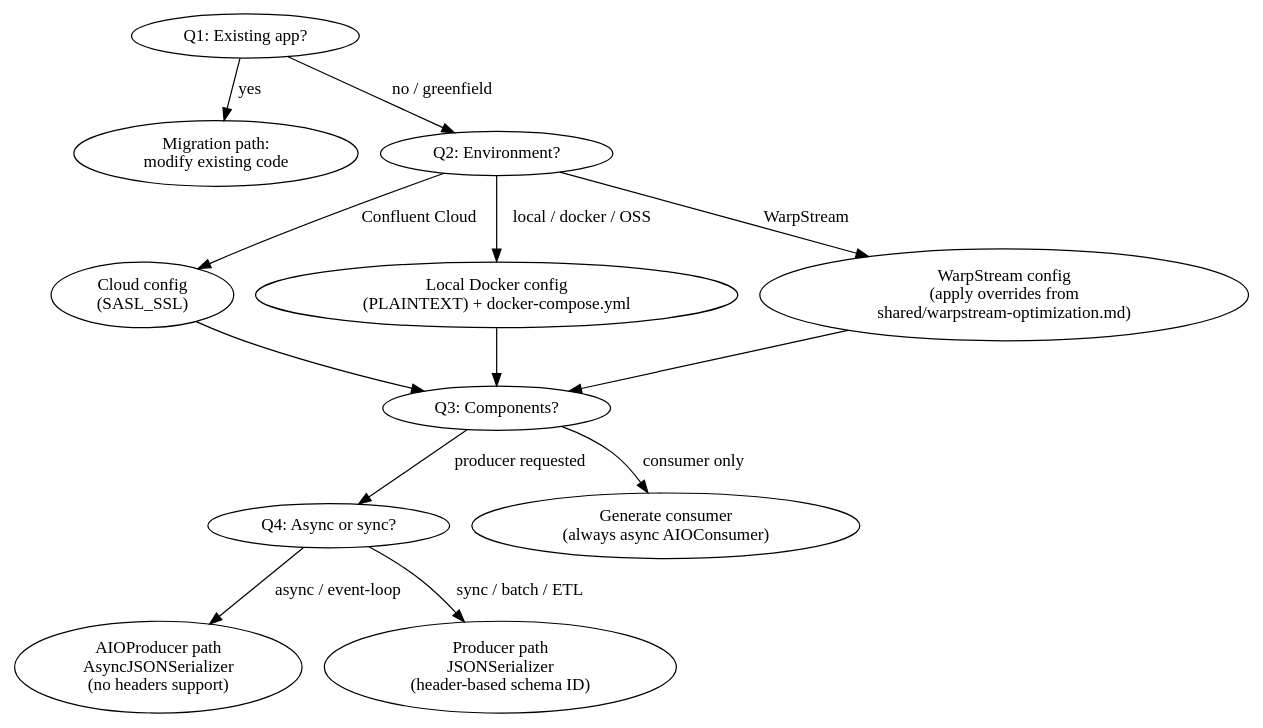
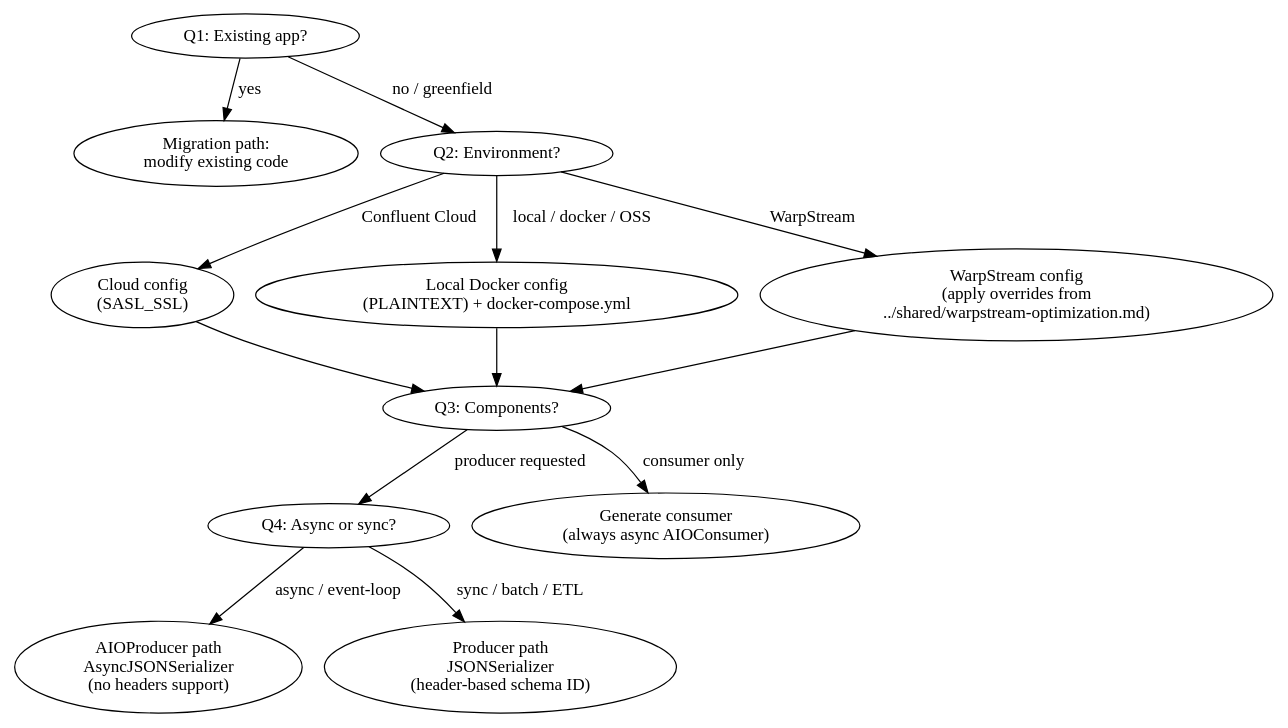
The diagram in skills/developing-kafka-python-client/SKILL.md (confluentinc/agent-skills), drawn with Graphviz before and after one commit. The commit also changed other lines of this file, not shown here.

````diff
--- a/skills/developing-kafka-python-client/SKILL.md
+++ b/skills/developing-kafka-python-client/SKILL.md
@@ -86,16 +86,16 @@
 ```dot
 digraph decisions {
   "Q1: Existing app?" -> "Migration path:\nmodify existing code" [label="yes"];
   "Q1: Existing app?" -> "Q2: Environment?" [label="no / greenfield"];
   "Q2: Environment?" -> "Cloud config\n(SASL_SSL)" [label="Confluent Cloud"];
   "Q2: Environment?" -> "Local Docker config\n(PLAINTEXT) + docker-compose.yml" [label="local / docker / OSS"];
-  "Q2: Environment?" -> "WarpStream config\n(apply overrides from\nshared/warpstream-optimization.md)" [label="WarpStream"];
+  "Q2: Environment?" -> "WarpStream config\n(apply overrides from\n../shared/warpstream-optimization.md)" [label="WarpStream"];
   "Cloud config\n(SASL_SSL)" -> "Q3: Components?";
   "Local Docker config\n(PLAINTEXT) + docker-compose.yml" -> "Q3: Components?";
-  "WarpStream config\n(apply overrides from\nshared/warpstream-optimization.md)" -> "Q3: Components?";
+  "WarpStream config\n(apply overrides from\n../shared/warpstream-optimization.md)" -> "Q3: Components?";
   "Q3: Components?" -> "Q4: Async or sync?" [label="producer requested"];
   "Q3: Components?" -> "Generate consumer\n(always async AIOConsumer)" [label="consumer only"];
   "Q4: Async or sync?" -> "AIOProducer path\nAsyncJSONSerializer\n(no headers support)" [label="async / event-loop"];
   "Q4: Async or sync?" -> "Producer path\nJSONSerializer\n(header-based schema ID)" [label="sync / batch / ETL"];
 }
 ```
````
